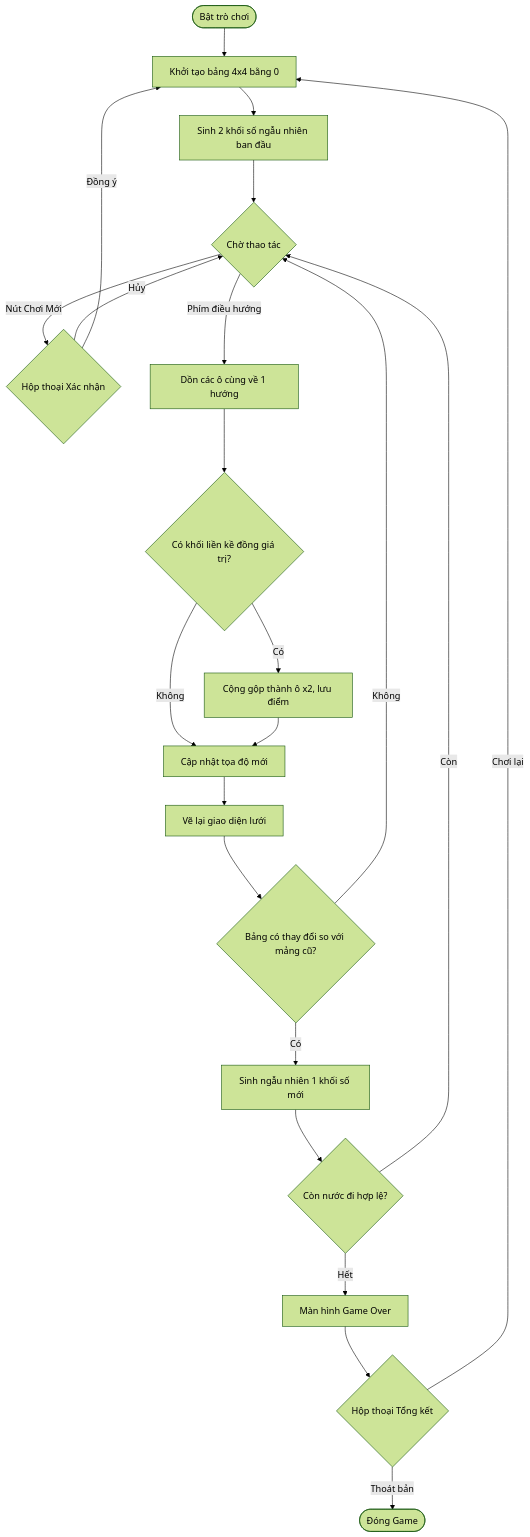
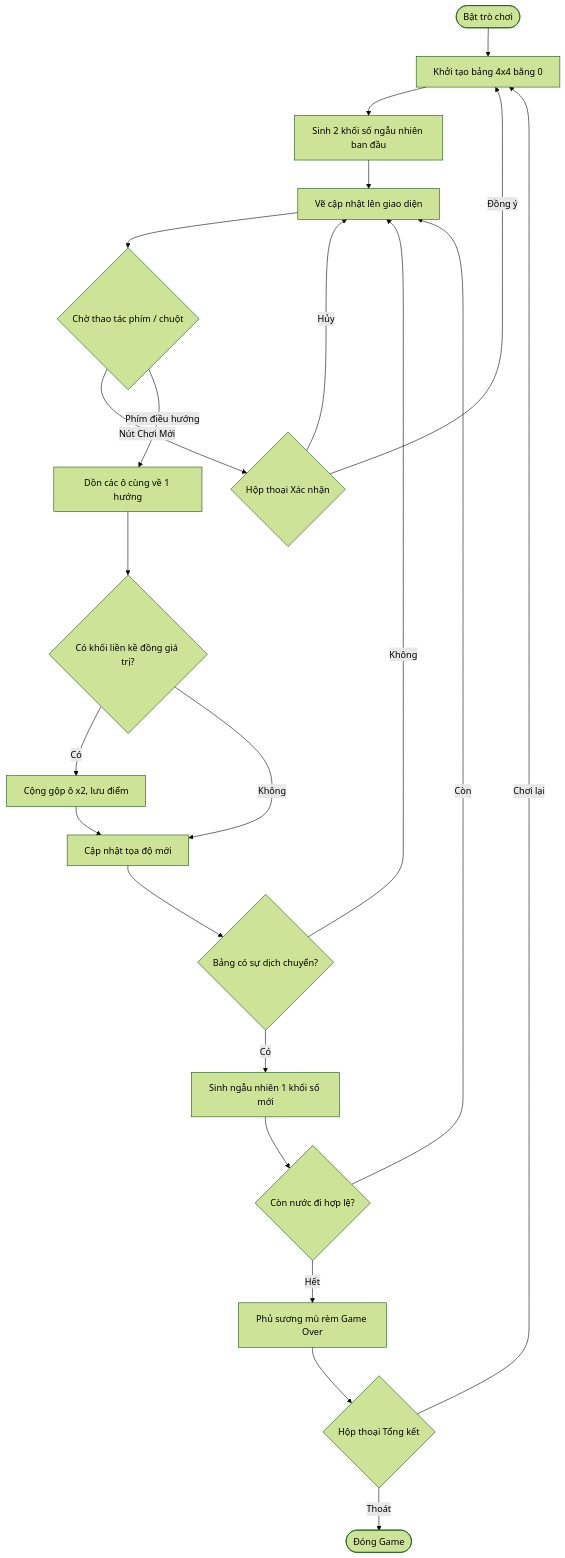
Before and after one commit to Giangcutephomaique/game__2048: the diagram in README.md, drawn with Mermaid (forest theme).

Commit message:
Đảo vị trí hàm Render giao diện trong sơ đồ cho chuẩn xác với Code Frame

````diff
--- a/README.md
+++ b/README.md
@@ -53,28 +53,29 @@
 ```mermaid
 graph TD
     A([Bật trò chơi]) --> N[Khởi tạo bảng 4x4 bằng 0]
     N --> B[Sinh 2 khối số ngẫu nhiên ban đầu]
-    B --> C{Chờ thao tác}
+    B --> H[Vẽ cập nhật lên giao diện]
+    H --> C{Chờ thao tác phím / chuột}
 
     C -->|Nút Chơi Mới| P{Hộp thoại Xác nhận}
-    P -->|Hủy| C
+    P -->|Hủy| H
     P -->|Đồng ý| N
 
     C -->|Phím điều hướng| D[Dồn các ô cùng về 1 hướng]
     D --> E{Có khối liền kề đồng giá trị?}
-    E -->|Có| F[Cộng gộp thành ô x2, lưu điểm]
+    E -->|Có| F[Cộng gộp ô x2, lưu điểm]
     E -->|Không| G[Cập nhật tọa độ mới]
     F --> G
-    G --> H[Vẽ lại giao diện lưới]
     
-    H --> I{Bảng có thay đổi so với mảng cũ?}
-    I -->|Không| C
+    G --> I{Bảng có sự dịch chuyển?}
+    I -->|Không| H
     I -->|Có| J[Sinh ngẫu nhiên 1 khối số mới]
+    
     J --> K{Còn nước đi hợp lệ?}
-    K -->|Còn| C
-    K -->|Hết| L[Màn hình Game Over]
+    K -->|Còn| H
+    K -->|Hết| L[Phủ sương mù rèm Game Over]
     
     L --> M{Hộp thoại Tổng kết}
     M -->|Chơi lại| N
-    M -->|Thoát bản| O([Đóng Game])
+    M -->|Thoát| O([Đóng Game])
 ```
````
